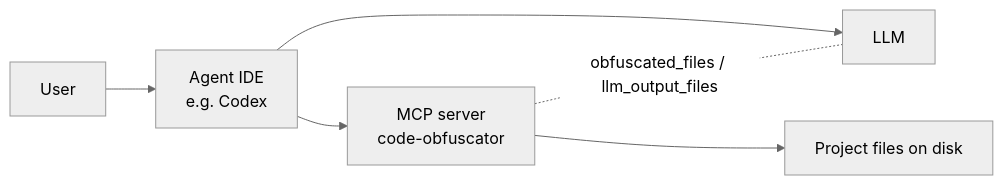
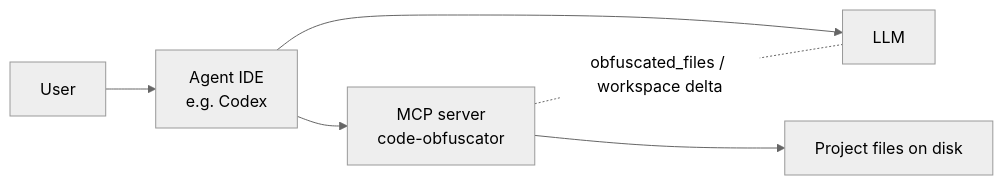
One commit to sawrus/code-obfuscator changed the first of 2 diagrams in docs/DETAILS.md. Above: the diagram before and after it, drawn with Mermaid (neutral theme). The commit also changed other lines of this file and 29 other files, not shown here.

````diff
--- a/docs/DETAILS.md
+++ b/docs/DETAILS.md
@@ -371,8 +98,8 @@
 ```mermaid
 flowchart LR
     user["User"] --> ide["Agent IDE<br/>e.g. Codex"]
     ide --> llm["LLM"]
     ide --> mcp["MCP server<br/>code-obfuscator"]
     mcp --> project["Project files on disk"]
-    mcp -. "obfuscated_files / llm_output_files" .- llm
+    mcp -. "obfuscated_files / workspace delta" .- llm
 ```
````
